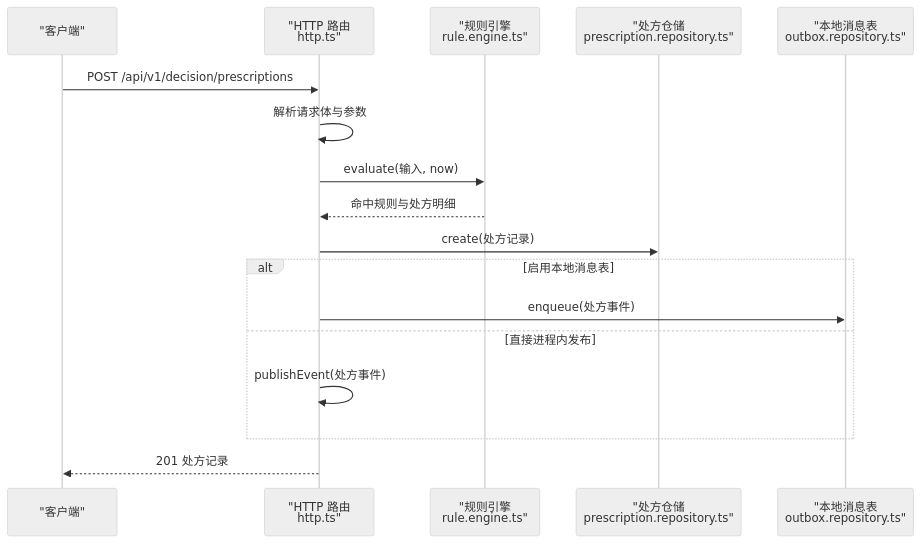
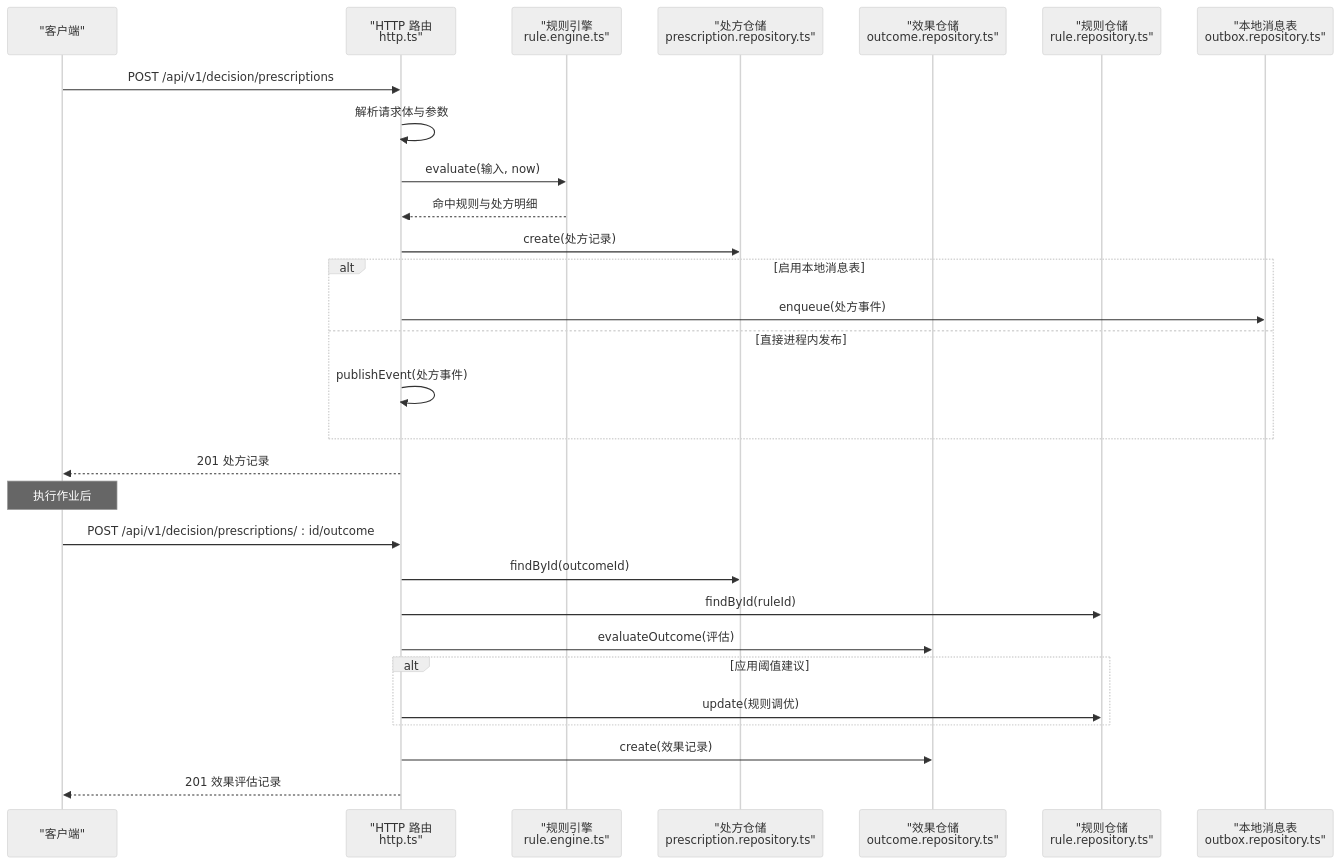
One commit to q446328246/agri-platform changed the seventh of 11 diagrams in .qoder/repowiki/zh/content/核心服务文档/智能决策服务/智能决策服务.md. Above: the diagram before and after it, drawn with Mermaid (neutral theme). The commit also changed other lines of this file and 84 other files, not shown here.

````diff
--- a/.qoder/repowiki/zh/content/核心服务文档/智能决策服务/智能决策服务.md
+++ b/.qoder/repowiki/zh/content/核心服务文档/智能决策服务/智能决策服务.md
@@ -324,19 +440,31 @@
 ```mermaid
 sequenceDiagram
 participant Client as "客户端"
 participant HTTP as "HTTP 路由<br/>http.ts"
 participant Engine as "规则引擎<br/>rule.engine.ts"
 participant PrescRepo as "处方仓储<br/>prescription.repository.ts"
+participant OutcomeRepo as "效果仓储<br/>outcome.repository.ts"
+participant RuleRepo as "规则仓储<br/>rule.repository.ts"
 participant Outbox as "本地消息表<br/>outbox.repository.ts"
 Client->>HTTP : POST /api/v1/decision/prescriptions
 HTTP->>HTTP : 解析请求体与参数
 HTTP->>Engine : evaluate(输入, now)
 Engine-->>HTTP : 命中规则与处方明细
 HTTP->>PrescRepo : create(处方记录)
 alt 启用本地消息表
 HTTP->>Outbox : enqueue(处方事件)
 else 直接进程内发布
 HTTP->>HTTP : publishEvent(处方事件)
 end
 HTTP-->>Client : 201 处方记录
+Note over Client : 执行作业后
+Client->>HTTP : POST /api/v1/decision/prescriptions/ : id/outcome
+HTTP->>PrescRepo : findById(outcomeId)
+HTTP->>RuleRepo : findById(ruleId)
+HTTP->>OutcomeRepo : evaluateOutcome(评估)
+alt 应用阈值建议
+HTTP->>RuleRepo : update(规则调优)
+end
+HTTP->>OutcomeRepo : create(效果记录)
+HTTP-->>Client : 201 效果评估记录
 ```
````
